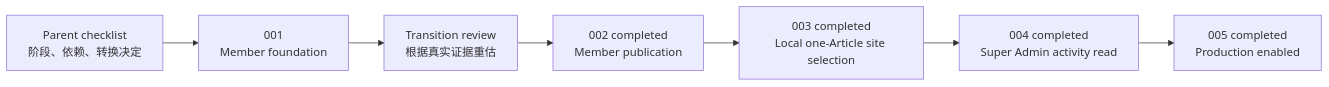
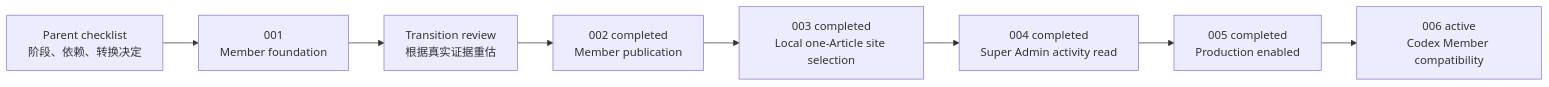
One commit to lonelyreader/chinaknowledge changed the diagram in docs/roadmap/agent-workspace-program.md. Above: the diagram before and after it, drawn with Mermaid. The commit also changed other lines of this file and 3 other files, not shown here.

Commit message:
docs(agent-workspace): restart Codex member compatibility

````diff
--- a/docs/roadmap/agent-workspace-program.md
+++ b/docs/roadmap/agent-workspace-program.md
@@ -21,9 +21,10 @@
 ```mermaid
 flowchart LR
     P["Parent checklist<br/>阶段、依赖、转换决定"] --> A1["001<br/>Member foundation"]
     A1 --> R["Transition review<br/>根据真实证据重估"]
     R --> A2["002 completed<br/>Member publication"]
     A2 --> A3["003 completed<br/>Local one-Article site selection"]
     A3 --> A4["004 completed<br/>Super Admin activity read"]
     A4 --> A5["005 completed<br/>Production enabled"]
+    A5 --> A6["006 active<br/>Codex Member compatibility"]
 ```
````
